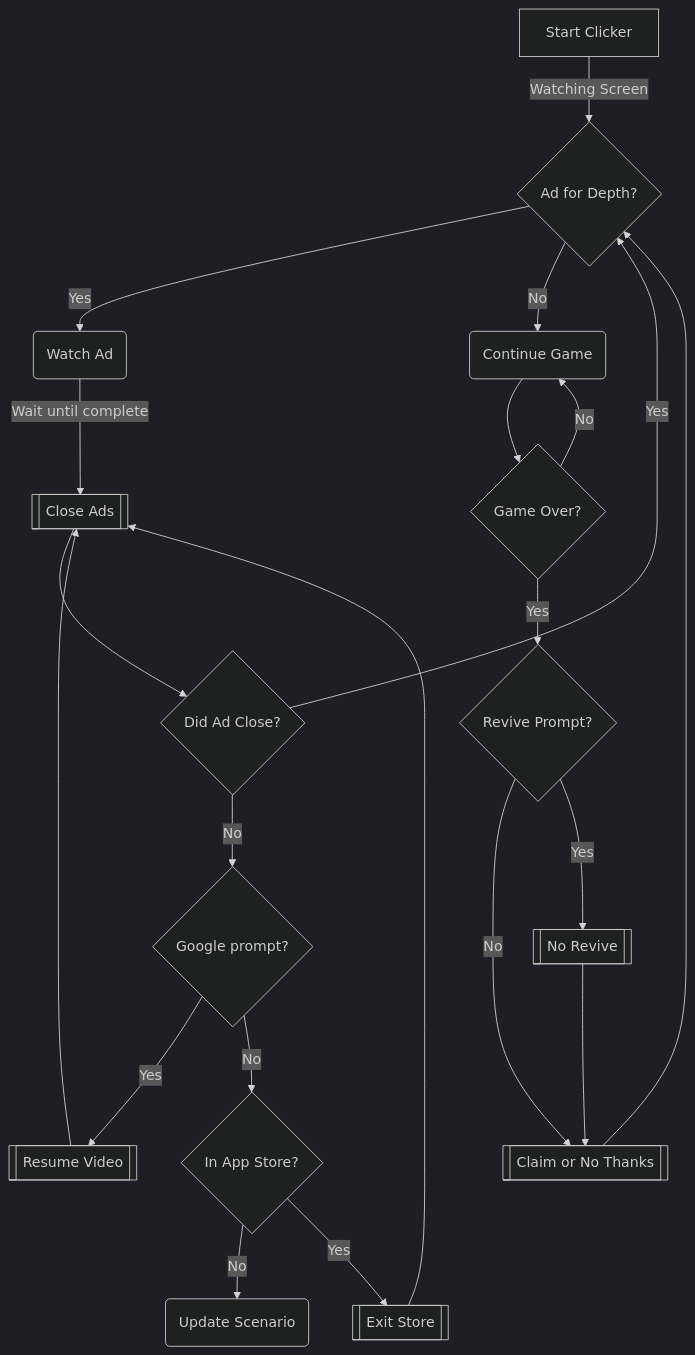
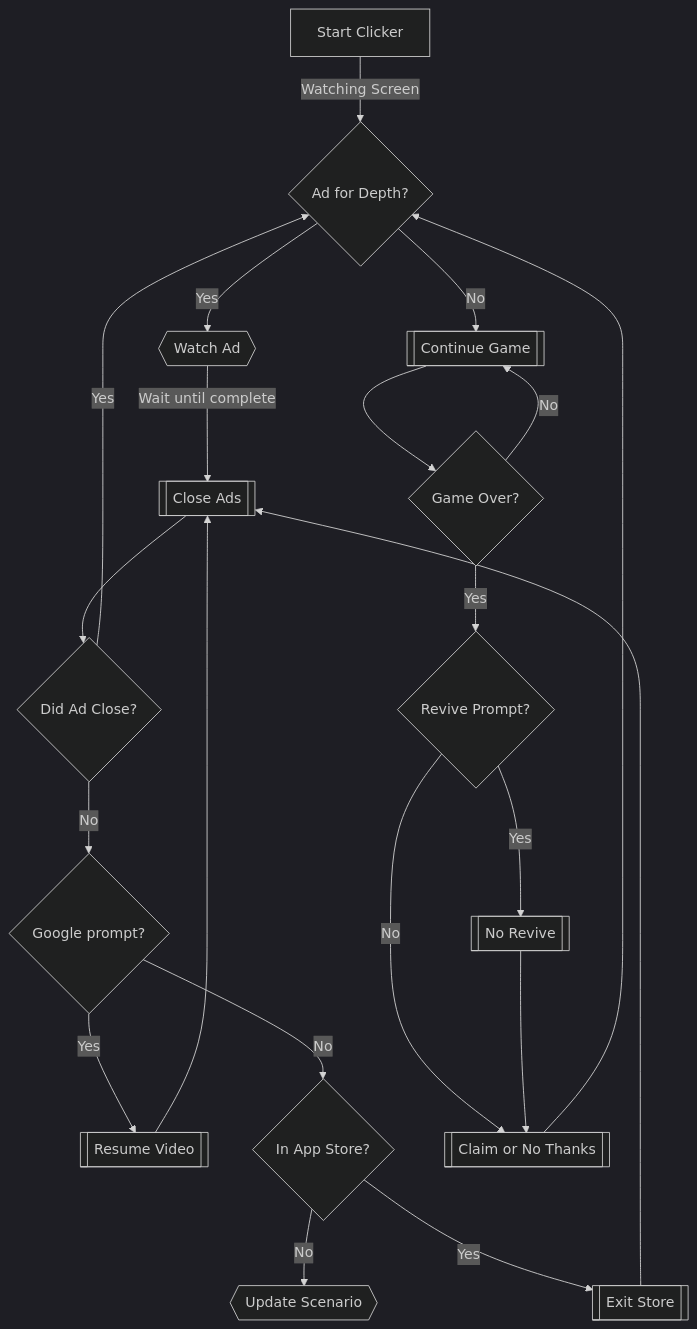
Before and after one commit to Neighborhood-Data-Science/instant-beer-money: the diagram in AutoClick Patterns/Games/EatRepeat/README.md, drawn with Mermaid (dark theme). The commit also changed other lines of this file and 1 other file, not shown here.

Commit message:
Final update to flowcharts

````diff
--- a/AutoClick Patterns/Games/EatRepeat/README.md
+++ b/AutoClick Patterns/Games/EatRepeat/README.md
@@ -55,23 +55,23 @@
 ```mermaid
 graph TD;
     A[Start Clicker]-->|Watching Screen|B{Ad for Depth?};
-    B-->|Yes|C(Watch Ad);
-    B-->|No|D(Continue Game);
+    B-->|Yes|C{{Watch Ad}};
+    B-->|No|D[[Continue Game]];
     C-->|Wait until complete|E[[Close Ads]]
     E-->F{Did Ad Close?};
     F-->|No|G{Google prompt?};
     F-->|Yes|B{Ad for Depth?};
-    G-->|Yes|H[[Resume Video]];
     H-->E[[Close Ads]];
     G-->|No|J{In App Store?};
-    J-->|No|P(Update Scenario);
+    G-->|Yes|H[[Resume Video]];
+    J-->|No|P{{Update Scenario}};
     J-->|Yes|O[[Exit Store]];
     O-->E;
     D-->K{Game Over?};
     K-->|Yes|L{Revive Prompt?};
-    K-->|No|D(Continue Game);
+    K-->|No|D;
     L-->|No|M;
     L-->|Yes|N[[No Revive]];
     N-->M[[Claim or No Thanks]];
     M-->B;
 ```
````
